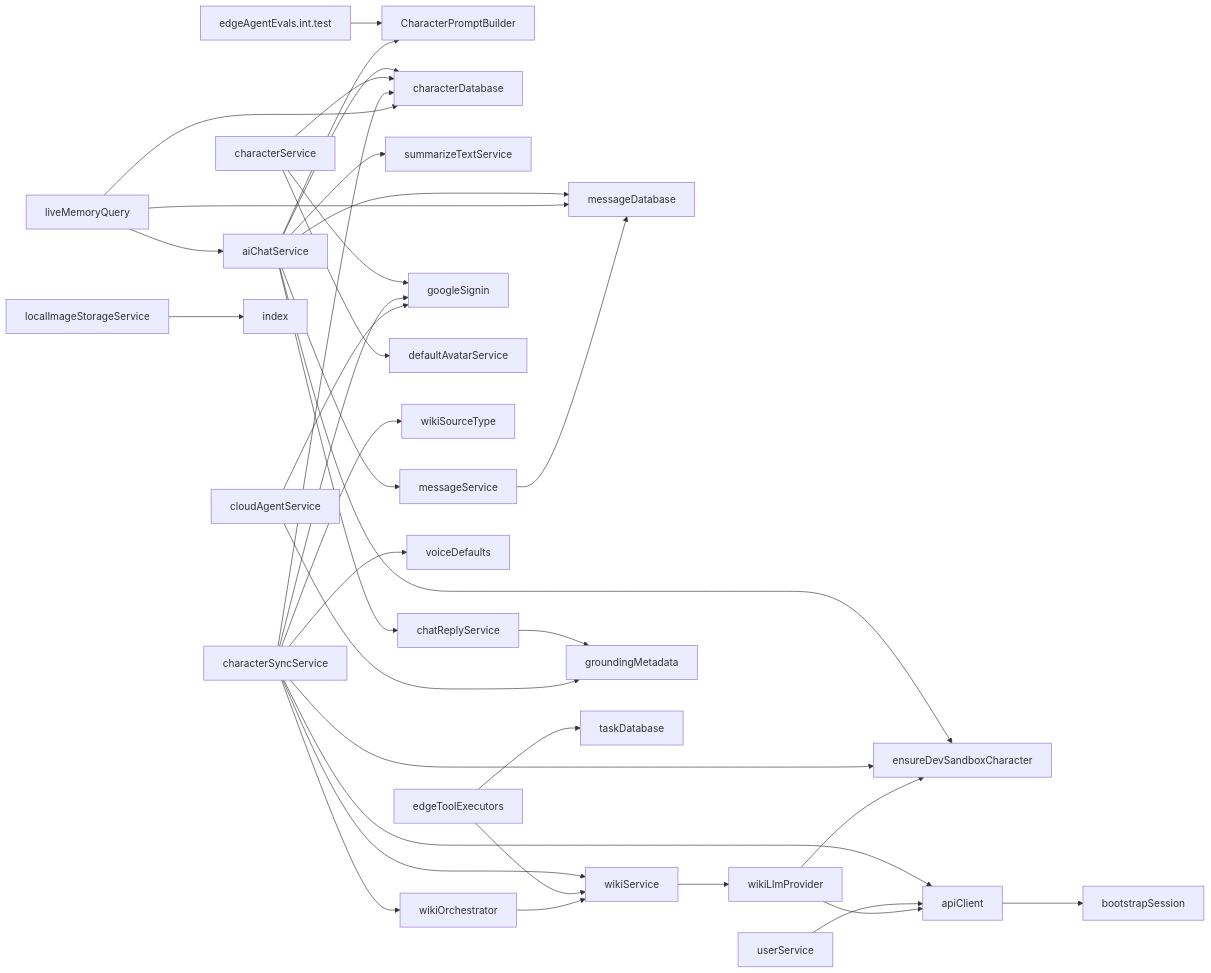
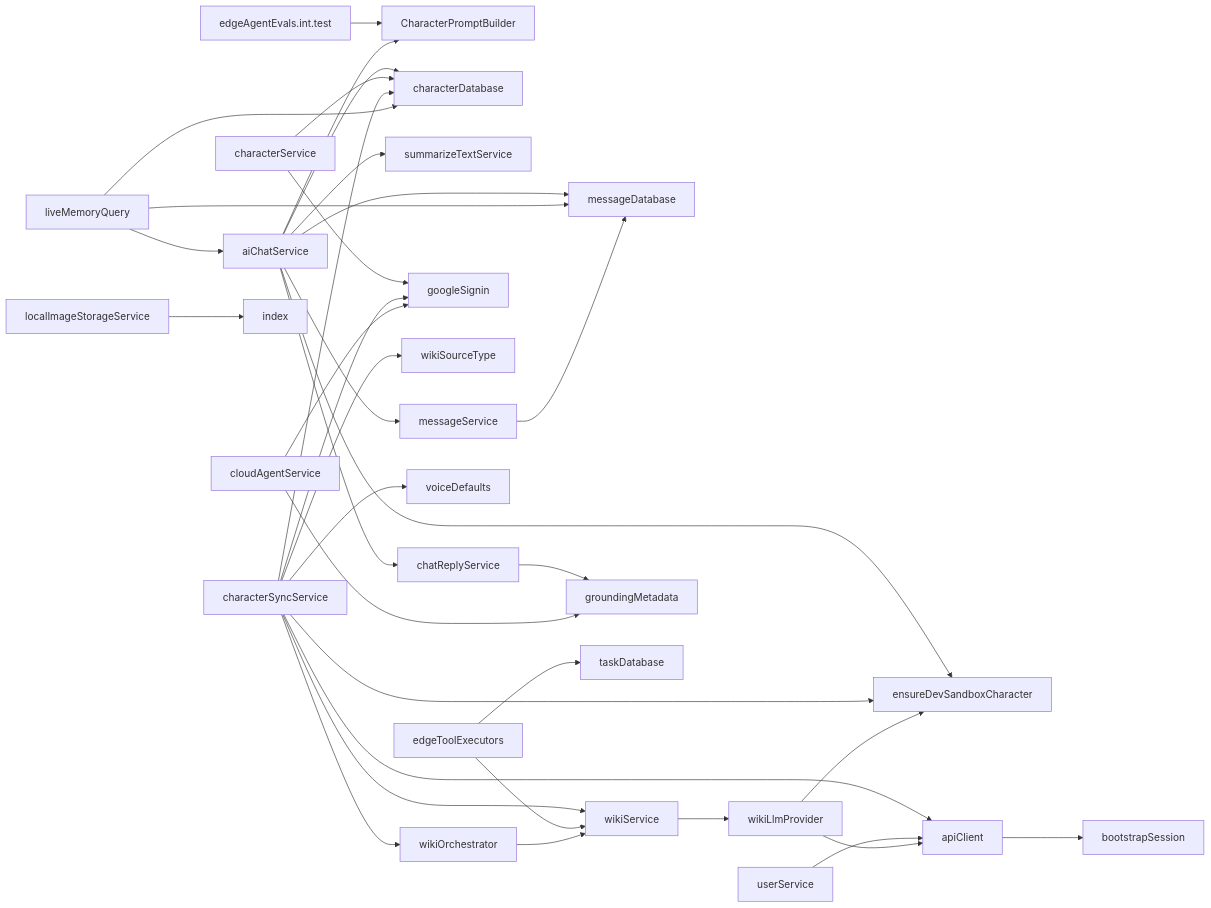
The diagram in docs/flowcharts/SERVICES.md (equationalapplications/clanker), drawn with Mermaid before and after one commit. The commit also changed 19 other files, not shown here.

````diff
--- a/docs/flowcharts/SERVICES.md
+++ b/docs/flowcharts/SERVICES.md
@@ -4,38 +4,37 @@
 ```mermaid
 graph LR
   edgeAgentEvals.int.test --> CharacterPromptBuilder
   aiChatService --> ensureDevSandboxCharacter
   aiChatService --> messageDatabase
   aiChatService --> characterDatabase
   aiChatService --> summarizeTextService
   aiChatService --> messageService
   aiChatService --> CharacterPromptBuilder
   aiChatService --> chatReplyService
   apiClient --> bootstrapSession
   characterService --> googleSignin
   characterService --> characterDatabase
-  characterService --> defaultAvatarService
   characterSyncService --> characterDatabase
   characterSyncService --> wikiService
   characterSyncService --> wikiSourceType
   characterSyncService --> apiClient
   characterSyncService --> wikiOrchestrator
   characterSyncService --> ensureDevSandboxCharacter
   characterSyncService --> googleSignin
   characterSyncService --> voiceDefaults
   chatReplyService --> groundingMetadata
   cloudAgentService --> googleSignin
   cloudAgentService --> groundingMetadata
   edgeToolExecutors --> wikiService
   edgeToolExecutors --> taskDatabase
   liveMemoryQuery --> aiChatService
   liveMemoryQuery --> messageDatabase
   liveMemoryQuery --> characterDatabase
   localImageStorageService --> index
   messageService --> messageDatabase
   userService --> apiClient
   wikiLlmProvider --> ensureDevSandboxCharacter
   wikiLlmProvider --> apiClient
   wikiOrchestrator --> wikiService
   wikiService --> wikiLlmProvider
 ```
````
